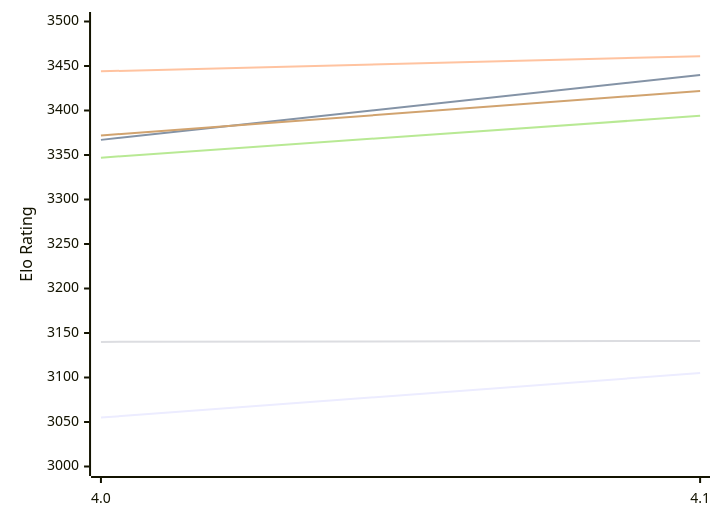
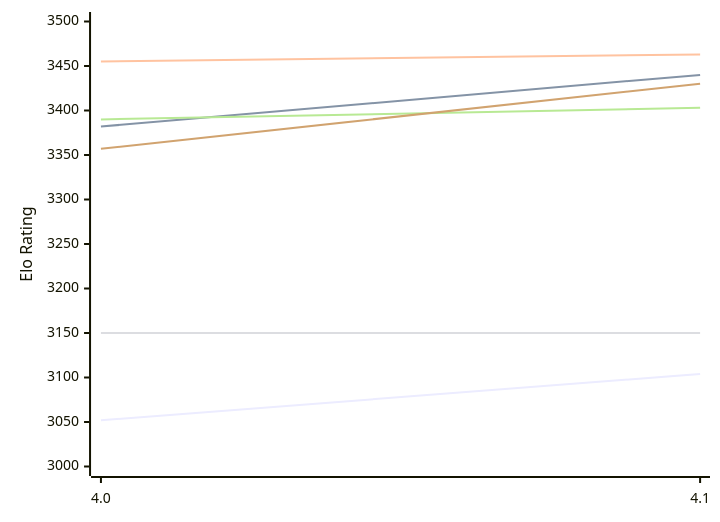
Before and after one commit to computer-chess-index/cci: the first of 2 diagrams in engines/Eleanor.md, drawn with Mermaid. The commit also changed other lines of this file, not shown here.

Commit message:
Update CCI Ratings (ELO VLTC) - 2026-11-25

````diff
--- a/engines/Eleanor.md
+++ b/engines/Eleanor.md
@@ -51,12 +51,12 @@
 ```mermaid
 %%{init: {"theme":"base","themeVariables":{"seriesColors:['#a3a3a3','#222221','#faa371']}}}%%
 xychart-beta
   x-axis ["4.0", "4.1"]
   y-axis "Elo Rating" 3000 --> 3500
-  line "E1: STC (8.0+0.08s)" [3055, 3105]
-  line "E1: LTC (60.0+0.60s)" [3367, 3440]
-  line "E1: VLTC (2m24s+1.12s)" [3444, 3461]
-  line "P1: STC (8.0+0.08s)" [3140, 3141]
-  line "P1: LTC (60.0+0.60s)" [3347, 3394]
-  line "P1: VLTC (2m24s+1.12s)" [3372, 3422]
+  line "E1: STC (8.0+0.08s)" [3052, 3104]
+  line "E1: LTC (60.0+0.60s)" [3382, 3440]
+  line "E1: VLTC (2m24s+1.12s)" [3455, 3463]
+  line "P1: STC (8.0+0.08s)" [3150, 3150]
+  line "P1: LTC (60.0+0.60s)" [3390, 3403]
+  line "P1: VLTC (2m24s+1.12s)" [3357, 3430]
 ```
````
